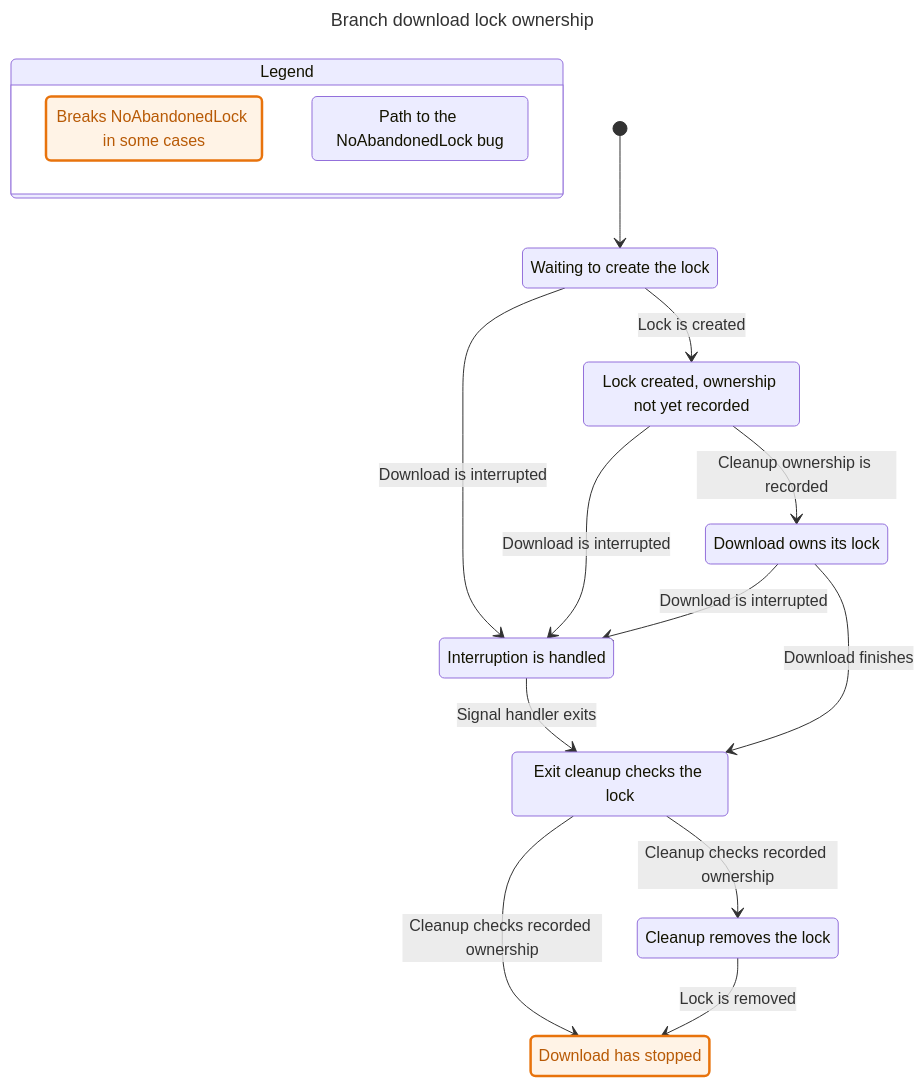
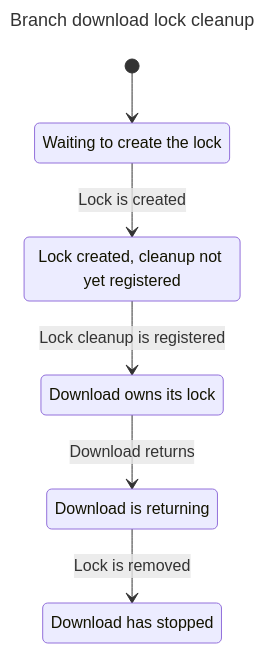
The diagram in .claude/skills/branch-download/model/chart.mmd (ririnto/static-builds), drawn with Mermaid before and after one commit. The commit also changed 4 other files, not shown here.

First line of the commit message:
verify: align branch lock model with Go cancellation

```diff
--- a/.claude/skills/branch-download/model/chart.mmd
+++ b/.claude/skills/branch-download/model/chart.mmd
@@ -1,35 +1,14 @@
 ---
-title: "Branch download lock ownership"
+title: "Branch download lock cleanup"
 ---
 stateDiagram-v2
-  state "Legend" as legend {
-    lg0: Breaks NoAbandonedLock in some cases
-    lg1: Path to the NoAbandonedLock bug
-  }
-  class lg0 mayBreak
-  class lg1 bugPath
   s0: Waiting to create the lock
-  s1: Lock created, ownership not yet recorded
-  s2: Interruption is handled
-  s3: Download owns its lock
-  s4: Exit cleanup checks the lock
-  s5: Download has stopped
-  s6: Cleanup removes the lock
+  s1: Lock created, cleanup not yet registered
+  s2: Download owns its lock
+  s3: Download is returning
+  s4: Download has stopped
   [*] --> s0
   s0 --> s1: Lock is created
-  s0 --> s2: Download is interrupted
-  s1 --> s3: Cleanup ownership is recorded
-  s1 --> s2: Download is interrupted
-  s2 --> s4: Signal handler exits
-  s3 --> s4: Download finishes
-  s3 --> s2: Download is interrupted
-  s4 --> s5: Cleanup checks recorded ownership
-  s4 --> s6: Cleanup checks recorded ownership
-  s6 --> s5: Lock is removed
-  classDef mayBreak fill:#fff3e6,stroke:#e8730c,stroke-width:2.5px,color:#b85a06
-  class s0 bugPath
-  class s1 bugPath
-  class s2 bugPath
-  class s4 bugPath
-  class s5 mayBreak
-  class s5 bugPath
+  s1 --> s2: Lock cleanup is registered
+  s2 --> s3: Download returns
+  s3 --> s4: Lock is removed
```
